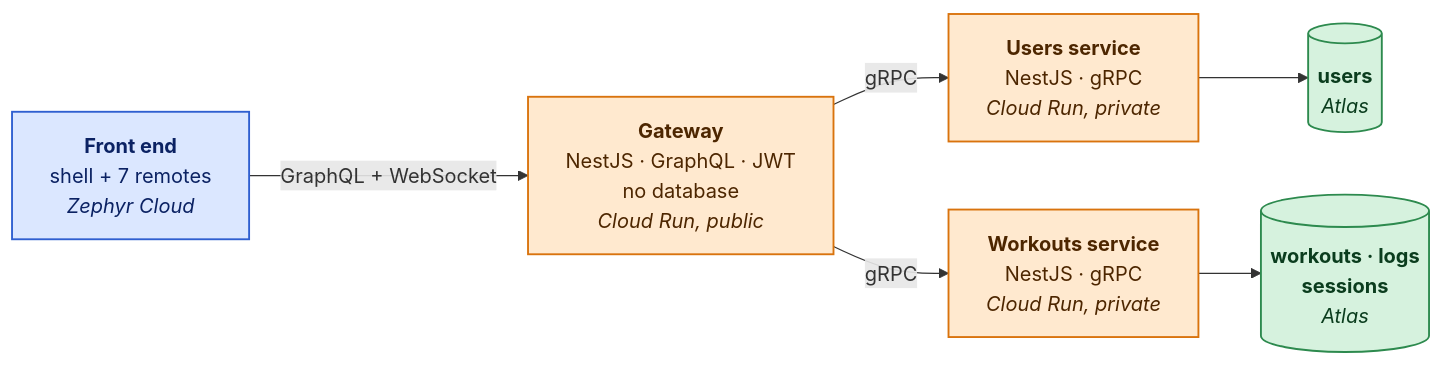
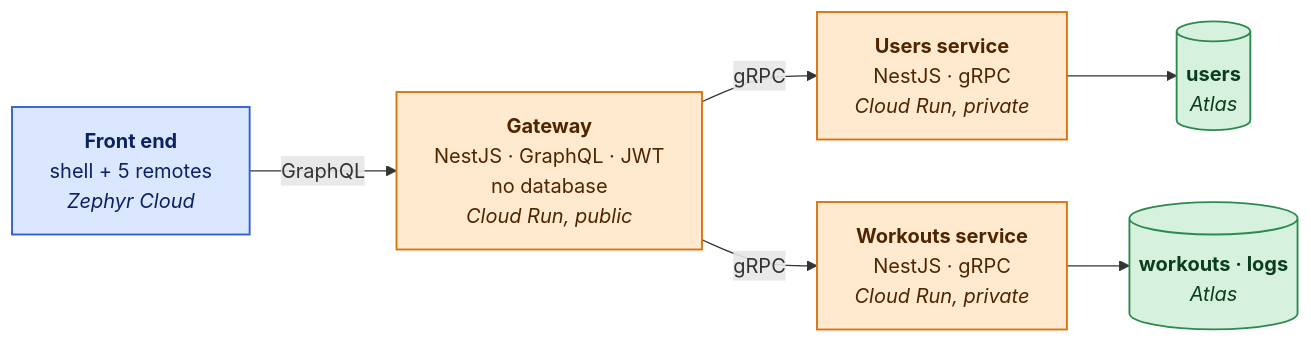
Before and after one commit to abnersn/WorkoutTracker: the first of 3 diagrams in README.md, drawn with Mermaid. The commit also changed other lines of this file and 1 other file, not shown here.

````diff
--- a/README.md
+++ b/README.md
@@ -15,22 +34,22 @@
 ```mermaid
 flowchart LR
-  web["<b>Front end</b><br/>shell + 7 remotes<br/><i>Zephyr Cloud</i>"]
+  web["<b>Front end</b><br/>shell + 5 remotes<br/><i>Zephyr Cloud</i>"]
   gateway["<b>Gateway</b><br/>NestJS · GraphQL · JWT<br/>no database<br/><i>Cloud Run, public</i>"]
   users["<b>Users service</b><br/>NestJS · gRPC<br/><i>Cloud Run, private</i>"]
   svc["<b>Workouts service</b><br/>NestJS · gRPC<br/><i>Cloud Run, private</i>"]
   usersDb[("<b>users</b><br/><i>Atlas</i>")]
-  workoutsDb[("<b>workouts · logs<br/>sessions</b><br/><i>Atlas</i>")]
+  workoutsDb[("<b>workouts · logs</b><br/><i>Atlas</i>")]
 
-  web -->|"GraphQL + WebSocket"| gateway
+  web -->|GraphQL| gateway
   gateway -->|gRPC| users
   gateway -->|gRPC| svc
   users --> usersDb
   svc --> workoutsDb
 
   classDef front fill:#dbe7ff,stroke:#2f5fd0,stroke-width:1.5px,color:#0b2263
   classDef back fill:#ffe9cf,stroke:#d9730d,stroke-width:1.5px,color:#4d2600
   classDef data fill:#d6f2de,stroke:#2d8a4e,stroke-width:1.5px,color:#0b3d1e
   class web front
   class gateway,users,svc back
   class usersDb,workoutsDb data
 ```
````
